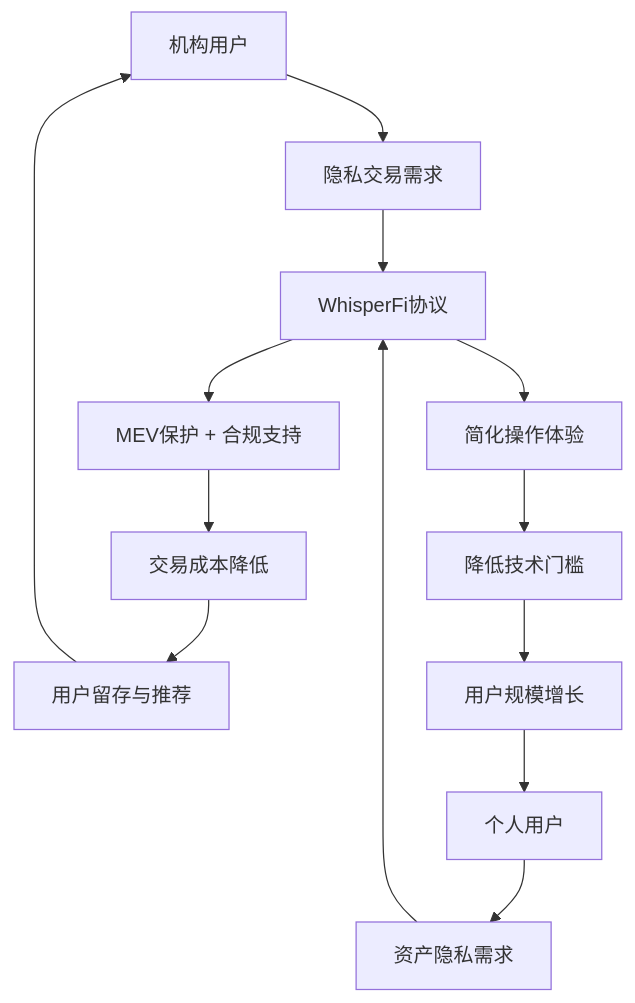
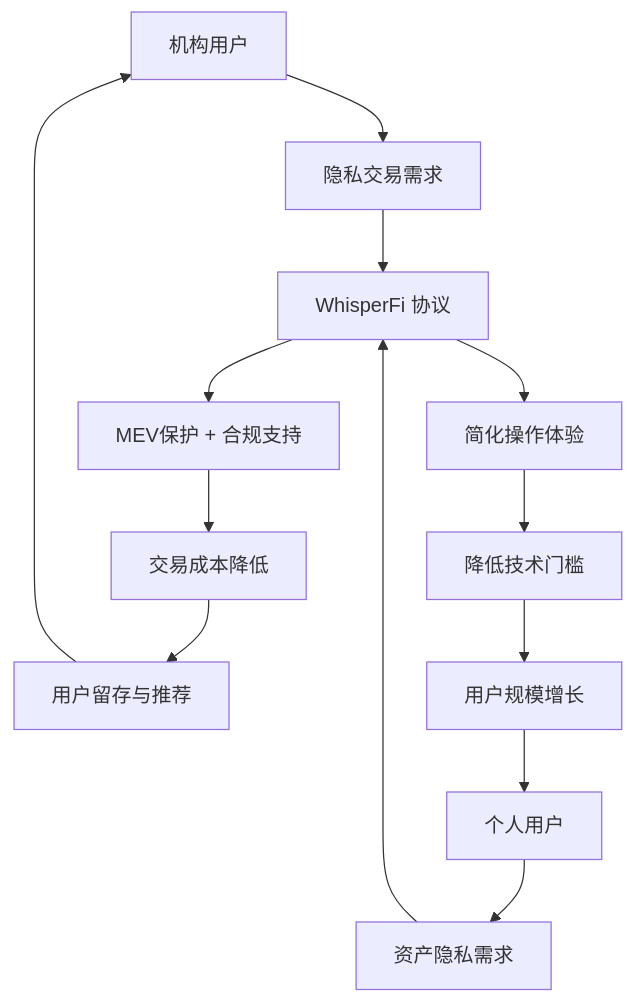
Before and after one commit to Wenbobobo/WhisperFi: the fourth of 4 diagrams in README.md, drawn with Mermaid. The commit also changed other lines of this file, not shown here.

````diff
--- a/README.md
+++ b/README.md
@@ -163,16 +179,16 @@
 ```mermaid
 graph TD
     A[机构用户] --> B[隐私交易需求]
-    B --> C[WhisperFi协议]
+    B --> C[WhisperFi 协议]
     C --> D[MEV保护 + 合规支持]
     D --> E[交易成本降低]
     E --> F[用户留存与推荐]
     F --> A
-    
+  
     G[个人用户] --> H[资产隐私需求]
     H --> C
     C --> I[简化操作体验]
     I --> J[降低技术门槛]
     J --> K[用户规模增长]
     K --> G
 ```
````
